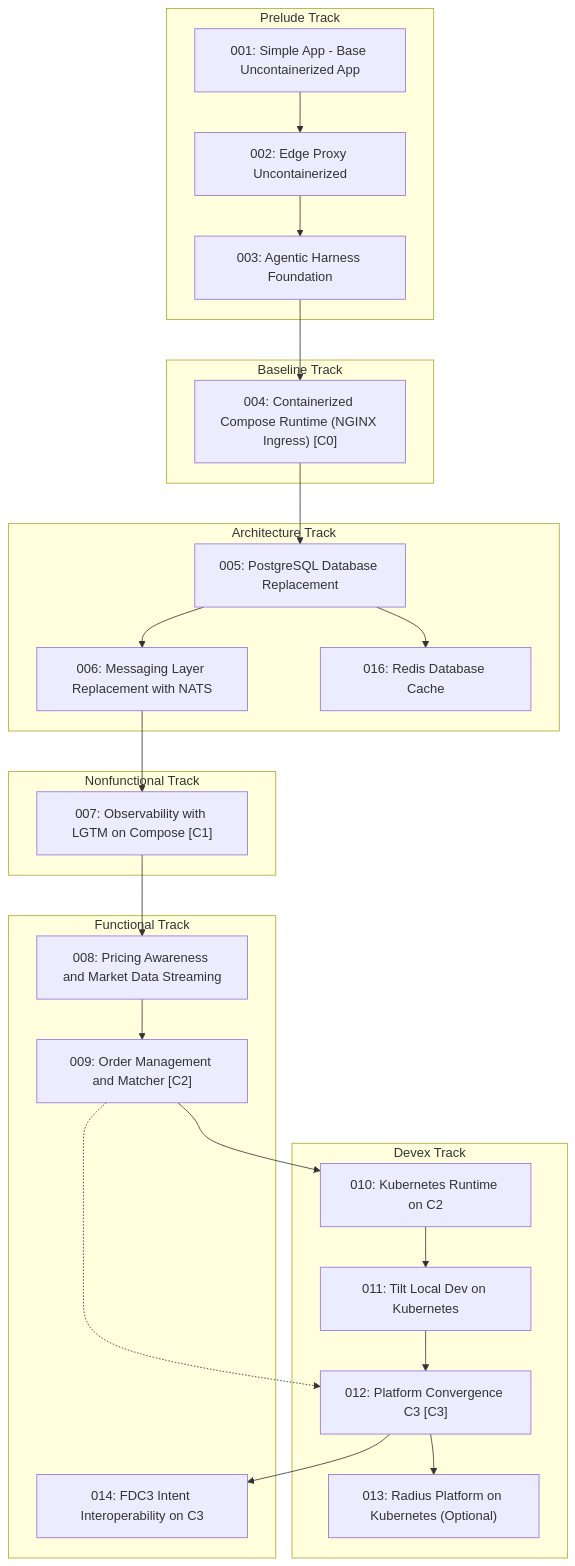
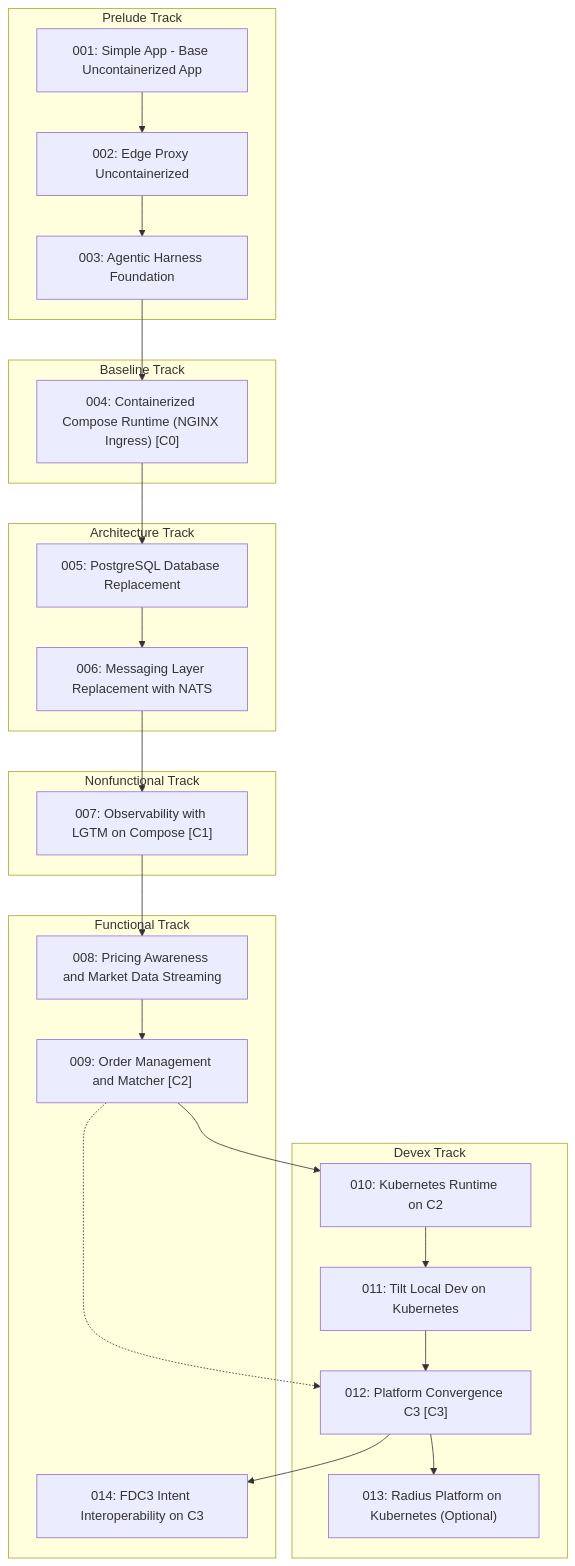
The third of 3 diagrams in docs/learning-paths/index.md (ryanwaite/traderX), drawn with Mermaid before and after one commit. The commit also changed other lines of this file and 53 other files, not shown here.

First line of the commit message:
Roll back Redis cache changes

````diff
--- a/docs/learning-paths/index.md
+++ b/docs/learning-paths/index.md
@@ -112,46 +108,44 @@
 ```mermaid
 flowchart TB
   subgraph PRELUDE["Prelude Track"]
     S001_baseline_uncontainerized_parity["001: Simple App - Base Uncontainerized App"]
     S002_edge_proxy_uncontainerized["002: Edge Proxy Uncontainerized"]
     S003_agentic_harness_foundation["003: Agentic Harness Foundation"]
   end
   subgraph BASELINE["Baseline Track"]
     S004_containerized_compose_runtime["004: Containerized Compose Runtime (NGINX Ingress) [C0]"]
   end
   subgraph ARCHITECTURE["Architecture Track"]
     S005_postgres_database_replacement["005: PostgreSQL Database Replacement"]
     S006_messaging_nats_replacement["006: Messaging Layer Replacement with NATS"]
-    S016_redis_database_cache["016: Redis Database Cache"]
   end
   subgraph NONFUNCTIONAL["Nonfunctional Track"]
     S007_observability_lgtm_compose["007: Observability with LGTM on Compose [C1]"]
   end
   subgraph FUNCTIONAL["Functional Track"]
     S008_pricing_awareness_market_data["008: Pricing Awareness and Market Data Streaming"]
     S009_order_management_matcher["009: Order Management and Matcher [C2]"]
     S014_fdc3_intent_interoperability["014: FDC3 Intent Interoperability on C3"]
   end
   subgraph DEVEX["Devex Track"]
     S010_kubernetes_runtime["010: Kubernetes Runtime on C2"]
     S011_tilt_kubernetes_dev_loop["011: Tilt Local Dev on Kubernetes"]
     S012_platform_convergence_c3["012: Platform Convergence C3 [C3]"]
     S013_radius_kubernetes_platform["013: Radius Platform on Kubernetes (Optional)"]
   end
   S001_baseline_uncontainerized_parity --> S002_edge_proxy_uncontainerized
   S002_edge_proxy_uncontainerized --> S003_agentic_harness_foundation
   S003_agentic_harness_foundation --> S004_containerized_compose_runtime
   S004_containerized_compose_runtime --> S005_postgres_database_replacement
   S005_postgres_database_replacement --> S006_messaging_nats_replacement
   S006_messaging_nats_replacement --> S007_observability_lgtm_compose
   S007_observability_lgtm_compose --> S008_pricing_awareness_market_data
   S008_pricing_awareness_market_data --> S009_order_management_matcher
   S009_order_management_matcher --> S010_kubernetes_runtime
   S010_kubernetes_runtime --> S011_tilt_kubernetes_dev_loop
   S011_tilt_kubernetes_dev_loop --> S012_platform_convergence_c3
   S012_platform_convergence_c3 --> S013_radius_kubernetes_platform
   S012_platform_convergence_c3 --> S014_fdc3_intent_interoperability
-  S005_postgres_database_replacement --> S016_redis_database_cache
   S009_order_management_matcher -.-> S012_platform_convergence_c3
   classDef convergence fill:#d7f5dd,stroke:#2e7d32,stroke-width:2px
 ```
````
